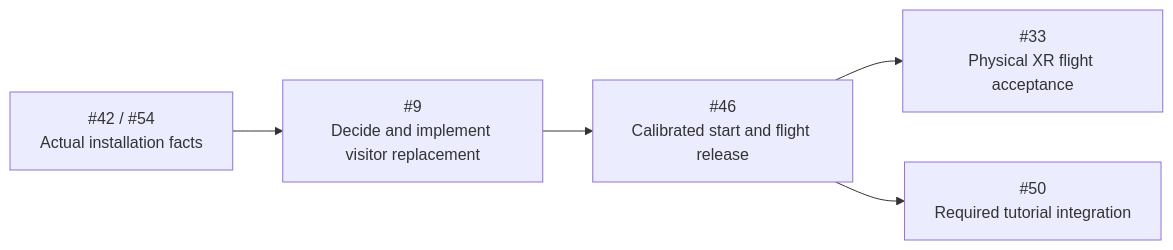
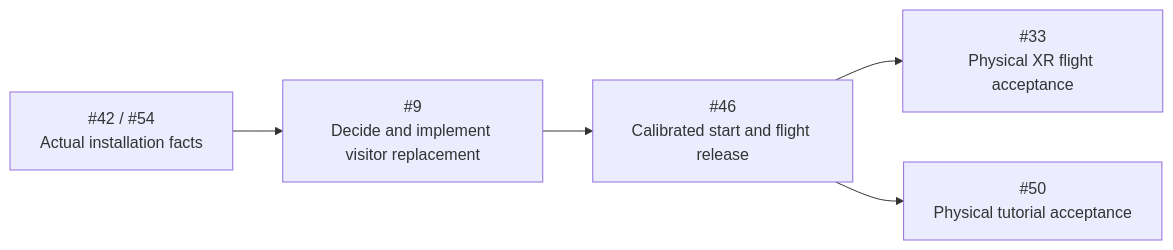
The second of 2 diagrams in docs/roadmap.md (Strehk/becoming-many), drawn with Mermaid before and after one commit. The commit also changed other lines of this file and 56 other files, not shown here.

````diff
--- a/docs/roadmap.md
+++ b/docs/roadmap.md
@@ -78,7 +96,7 @@
 ```mermaid
 flowchart LR
   Hardware["#42 / #54<br/>Actual installation facts"] --> Restart["#9<br/>Decide and implement visitor replacement"]
   Restart --> Calibration["#46<br/>Calibrated start and flight release"]
   Calibration --> Flight["#33<br/>Physical XR flight acceptance"]
-  Calibration --> Tutorial["#50<br/>Required tutorial integration"]
+  Calibration --> Tutorial["#50<br/>Physical tutorial acceptance"]
 ```
````
